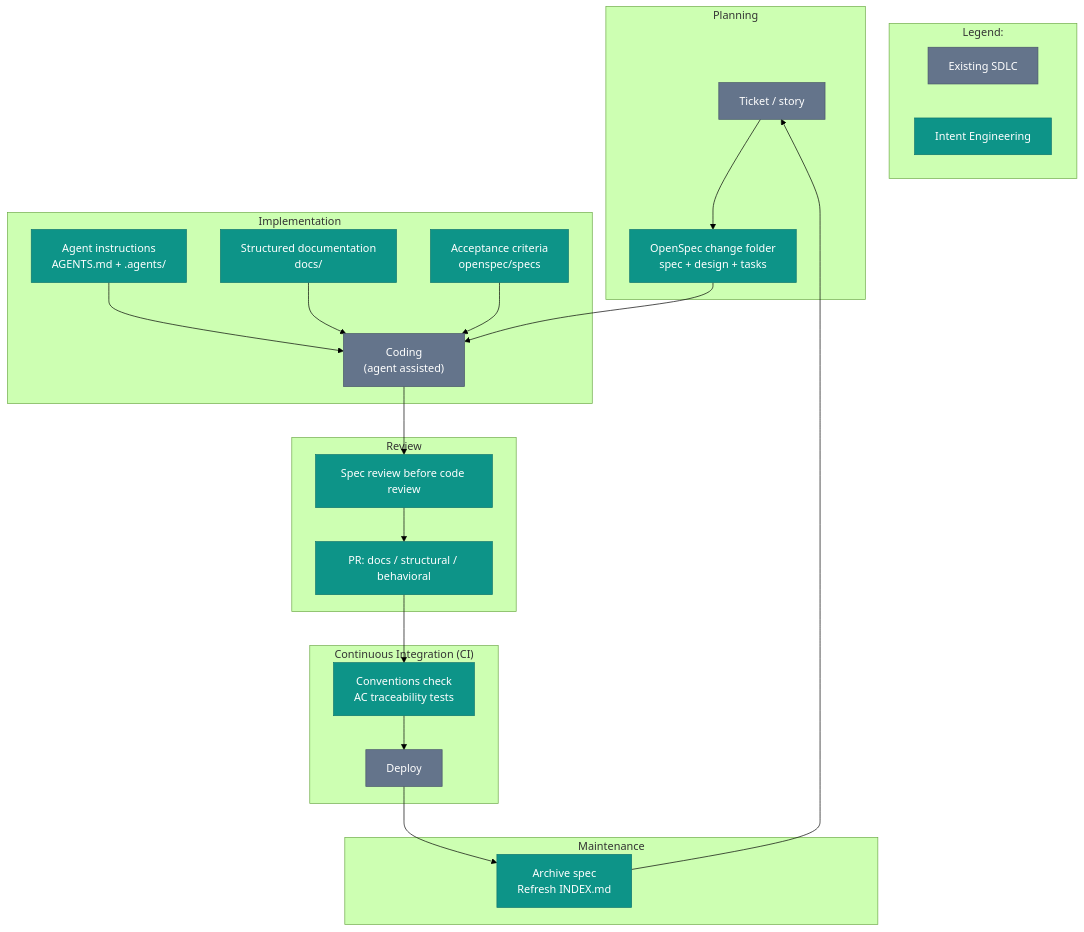
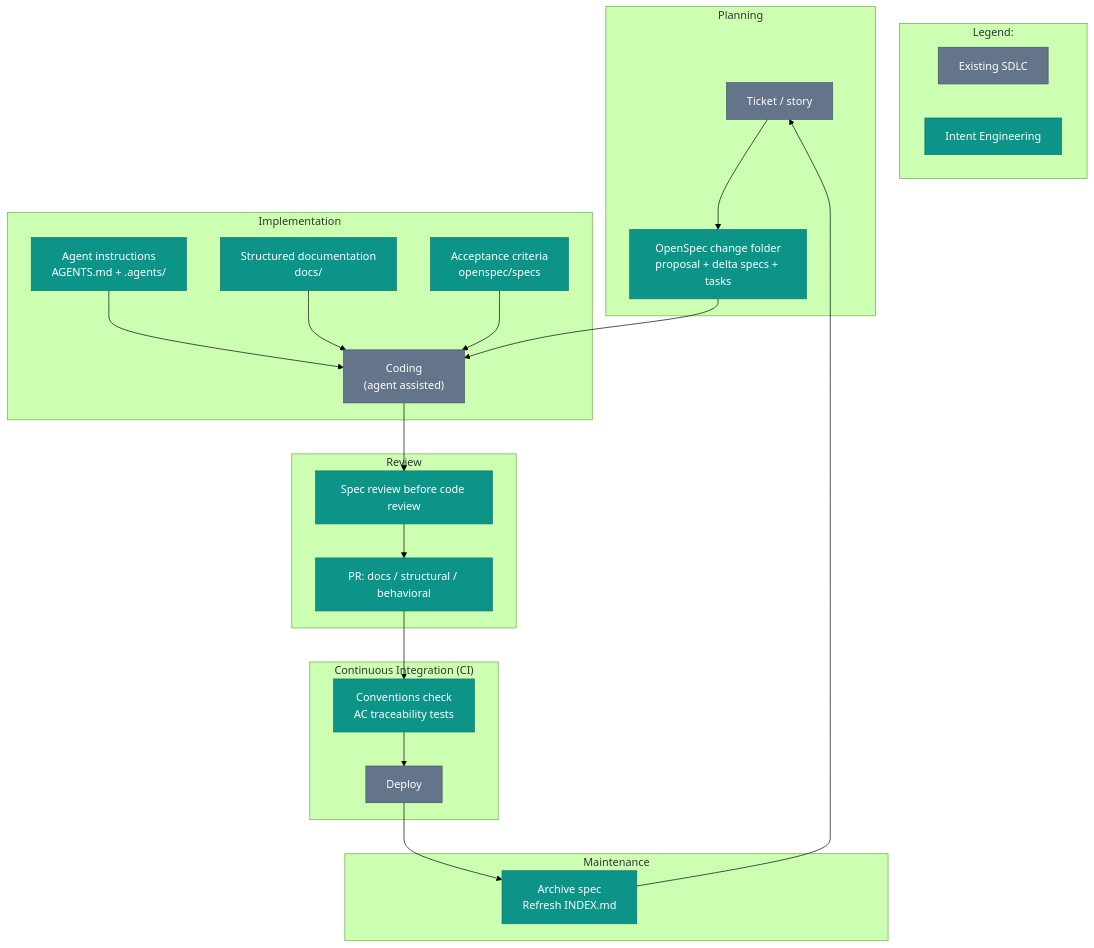
Before and after one commit to intent-engineering-for-coding-agents/book: the diagram in content/foundation/intent-engineering-and-the-sdlc.md, drawn with Mermaid (forest theme). The commit also changed other lines of this file, not shown here.

````diff
--- a/content/foundation/intent-engineering-and-the-sdlc.md
+++ b/content/foundation/intent-engineering-and-the-sdlc.md
@@ -15,32 +15,32 @@
 ```mermaid
 graph TD
     classDef existing fill:#64748b,stroke:#475569,color:#fff
     classDef ie fill:#0d9488,stroke:#0f766e,color:#fff
 
     subgraph Legend:
         direction LR
         L1[Existing SDLC]:::existing
         L2[Intent Engineering]:::ie
     end
     subgraph Planning
-        A[Ticket / story]:::existing --> B[OpenSpec change folder<br/>spec + design + tasks]:::ie
+        A[Ticket / story]:::existing --> B[OpenSpec change folder<br/>proposal + delta specs + tasks]:::ie
     end
     subgraph Implementation
         C["Agent instructions<br/>AGENTS.md + .agents/"]:::ie --> D["Coding<br/>(agent assisted)"]:::existing
         J["Structured documentation<br/>docs/"]:::ie --> D
         K["Acceptance criteria<br/>openspec/specs"]:::ie --> D
         B --> D
     end
     subgraph Review
         D --> E[Spec review before code review]:::ie
         E --> F[PR: docs / structural / behavioral]:::ie
     end
     subgraph "Continuous Integration (CI)"
         F --> G[Conventions check<br/>AC traceability tests]:::ie
         G --> H[Deploy]:::existing
     end
     subgraph Maintenance
         H --> I[Archive spec<br/>Refresh INDEX.md]:::ie
         I --> A
     end
 ```
````
